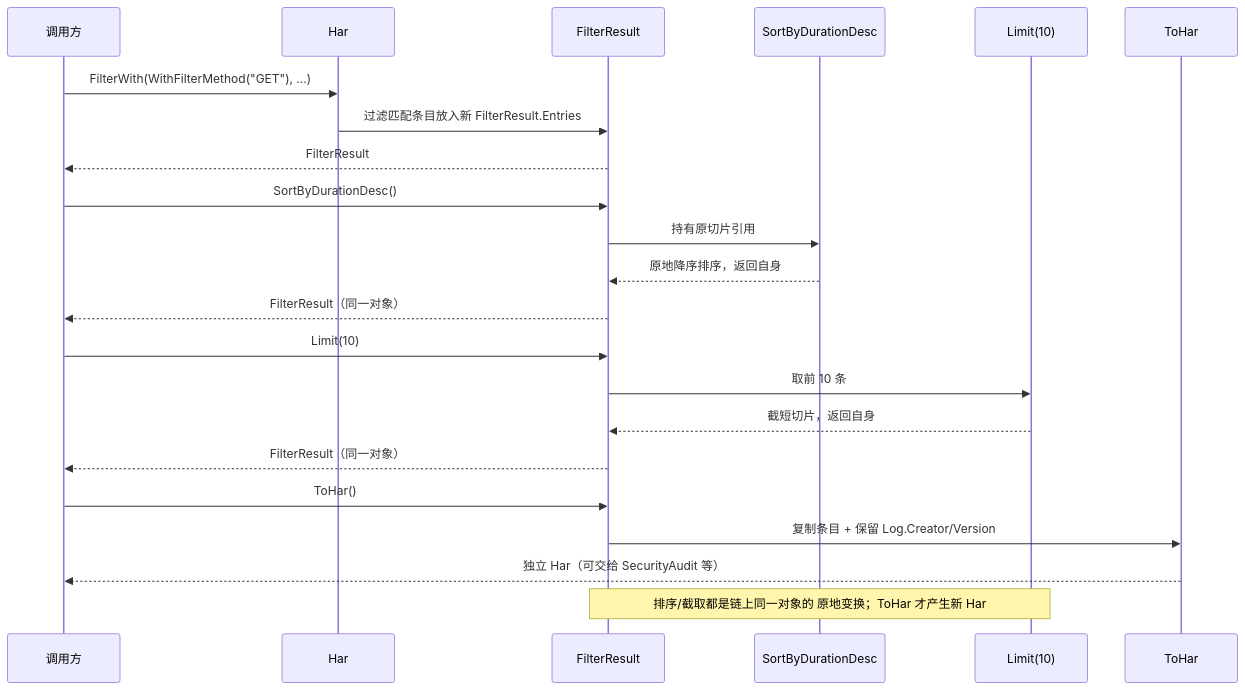
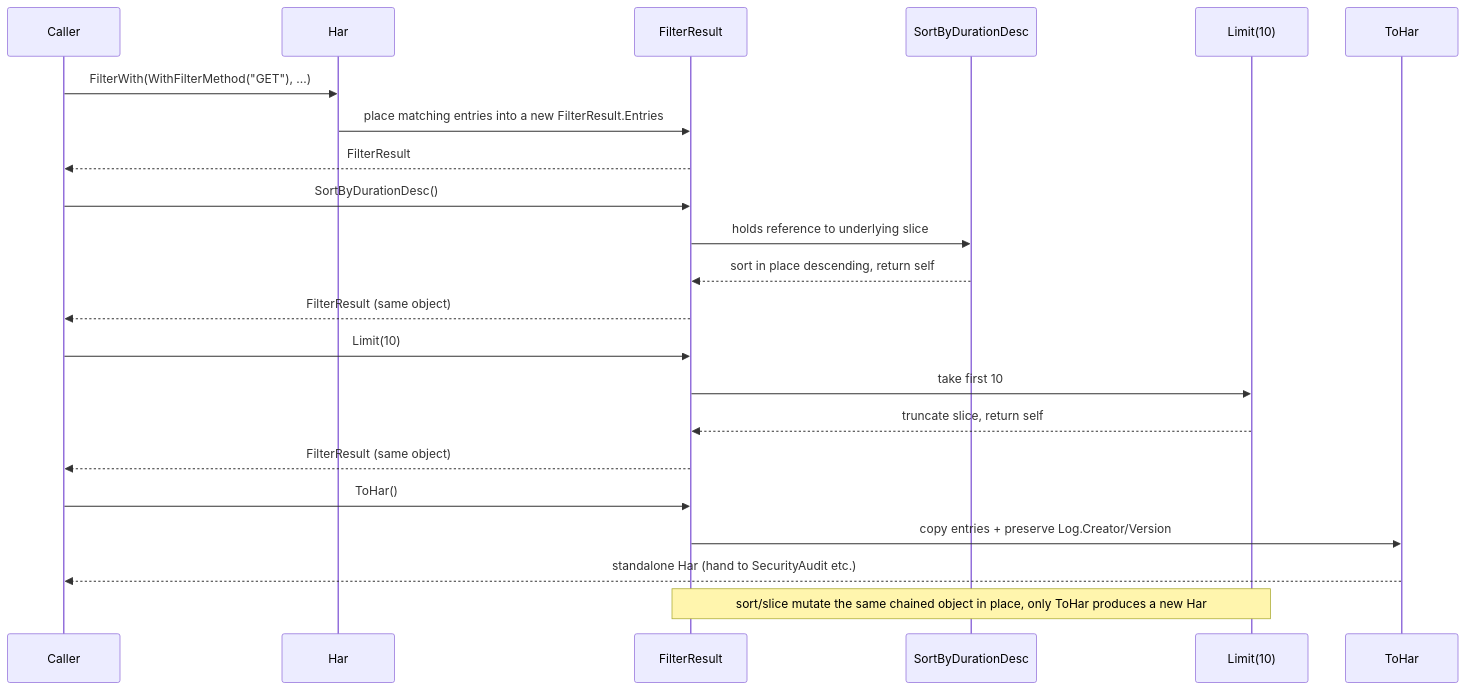
One commit to hitechcloud-vietnam/har-skills changed the first of 2 diagrams in website/zh/sdk/filtering.md. Above: the diagram before and after it, drawn with Mermaid. The commit also changed other lines of this file and 97 other files, not shown here.

````diff
--- a/website/zh/sdk/filtering.md
+++ b/website/zh/sdk/filtering.md
@@ -69,29 +69,29 @@
 ```mermaid
 sequenceDiagram
-    participant Caller as 调用方
+    participant Caller as Caller
     participant H as Har
     participant FR as FilterResult
     participant Sort as SortByDurationDesc
     participant Lim as Limit(10)
     participant TH as ToHar
 
     Caller->>H: FilterWith(WithFilterMethod("GET"), ...)
-    H->>FR: 过滤匹配条目放入新 FilterResult.Entries
+    H->>FR: place matching entries into a new FilterResult.Entries
     FR-->>Caller: FilterResult
 
     Caller->>FR: SortByDurationDesc()
-    FR->>Sort: 持有原切片引用
-    Sort-->>FR: 原地降序排序，返回自身
-    FR-->>Caller: FilterResult（同一对象）
+    FR->>Sort: holds reference to underlying slice
+    Sort-->>FR: sort in place descending, return self
+    FR-->>Caller: FilterResult (same object)
 
     Caller->>FR: Limit(10)
-    FR->>Lim: 取前 10 条
-    Lim-->>FR: 截短切片，返回自身
-    FR-->>Caller: FilterResult（同一对象）
+    FR->>Lim: take first 10
+    Lim-->>FR: truncate slice, return self
+    FR-->>Caller: FilterResult (same object)
 
     Caller->>FR: ToHar()
-    FR->>TH: 复制条目 + 保留 Log.Creator/Version
-    TH-->>Caller: 独立 Har（可交给 SecurityAudit 等）
+    FR->>TH: copy entries + preserve Log.Creator/Version
+    TH-->>Caller: standalone Har (hand to SecurityAudit etc.)
 
-    Note over FR,Lim: 排序/截取都是链上同一对象的 原地变换；ToHar 才产生新 Har
+    Note over FR,Lim: sort/slice mutate the same chained object in place, only ToHar produces a new Har
 ```
````
